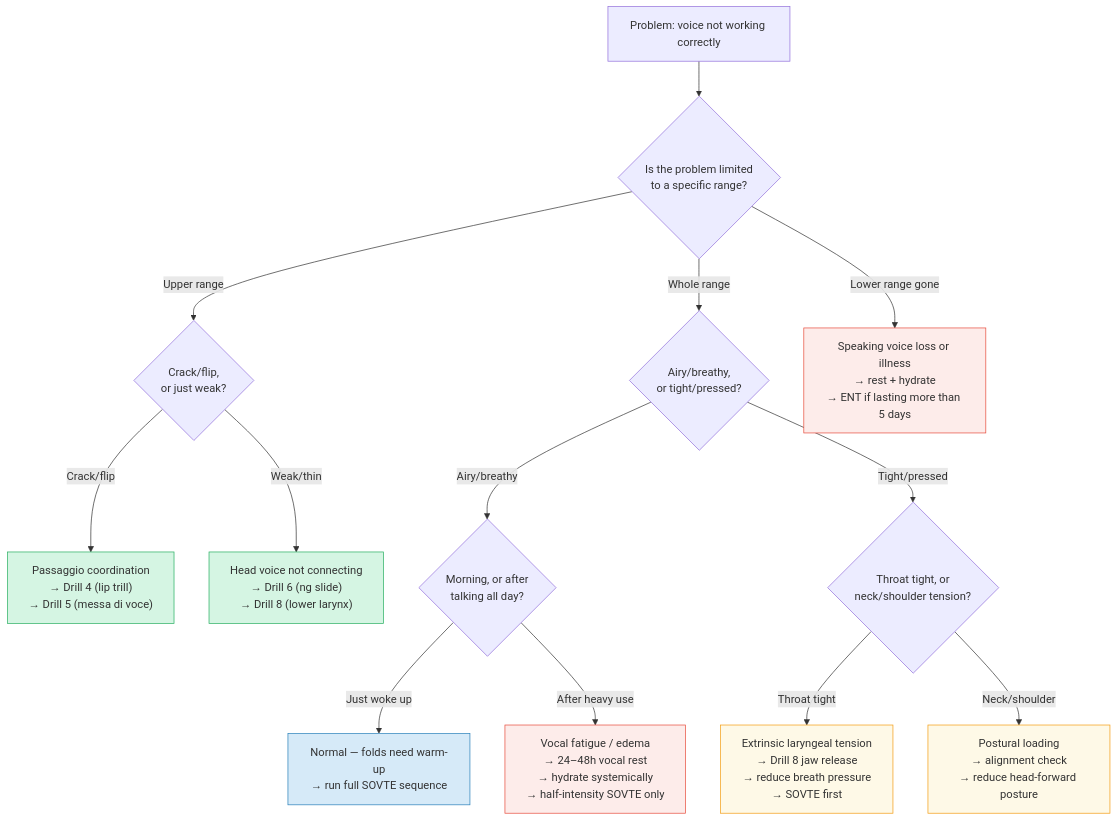
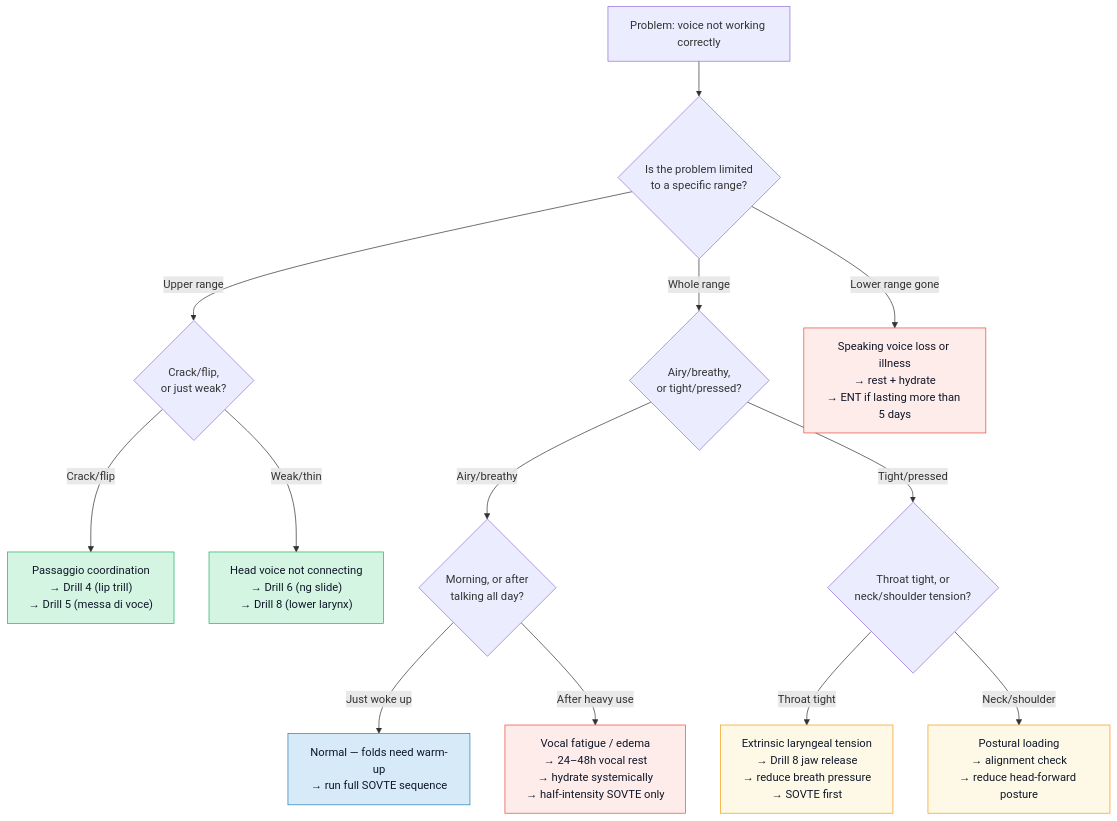
The fifth of 5 diagrams in topics/arts/music_performance/vocals/lesson_01_vocal_anatomy.md (blebleblee/synapse), drawn with Mermaid before and after one commit. The commit also changed other lines of this file and 1464 other files, not shown here.

Commit message:
feat(release): curriculum vector mermaid upgrade, render hardening, and master synpack

````diff
--- a/topics/arts/music_performance/vocals/lesson_01_vocal_anatomy.md
+++ b/topics/arts/music_performance/vocals/lesson_01_vocal_anatomy.md
@@ -334,28 +334,28 @@
 ```mermaid
 flowchart TD
     START["Problem: voice not working correctly"] --> Q1{"Is the problem limited<br/>to a specific range?"}
 
     Q1 -->|"Upper range"| Q2{"Crack/flip,<br/>or just weak?"}
     Q1 -->|"Whole range"| Q3{"Airy/breathy,<br/>or tight/pressed?"}
     Q1 -->|"Lower range gone"| A7["Speaking voice loss or illness<br/>→ rest + hydrate<br/>→ ENT if lasting more than 5 days"]
 
     Q2 -->|"Crack/flip"| A1["Passaggio coordination<br/>→ Drill 4 (lip trill)<br/>→ Drill 5 (messa di voce)"]
     Q2 -->|"Weak/thin"| A2["Head voice not connecting<br/>→ Drill 6 (ng slide)<br/>→ Drill 8 (lower larynx)"]
 
     Q3 -->|"Airy/breathy"| Q4{"Morning, or after<br/>talking all day?"}
     Q3 -->|"Tight/pressed"| Q5{"Throat tight, or<br/>neck/shoulder tension?"}
 
     Q4 -->|"Just woke up"| A3["Normal — folds need warm-up<br/>→ run full SOVTE sequence"]
     Q4 -->|"After heavy use"| A4["Vocal fatigue / edema<br/>→ 24–48h vocal rest<br/>→ hydrate systemically<br/>→ half-intensity SOVTE only"]
 
     Q5 -->|"Throat tight"| A5["Extrinsic laryngeal tension<br/>→ Drill 8 jaw release<br/>→ reduce breath pressure<br/>→ SOVTE first"]
     Q5 -->|"Neck/shoulder"| A6["Postural loading<br/>→ alignment check<br/>→ reduce head-forward posture"]
 
-    style A1 fill:#d5f5e3,stroke:#27ae60
-    style A2 fill:#d5f5e3,stroke:#27ae60
-    style A3 fill:#d6eaf8,stroke:#2980b9
-    style A4 fill:#fdecea,stroke:#e74c3c
-    style A5 fill:#fef9e7,stroke:#f39c12
-    style A6 fill:#fef9e7,stroke:#f39c12
-    style A7 fill:#fdecea,stroke:#e74c3c
+    style A1 fill:#d5f5e3,stroke:#27ae60,color:#0f172a
+    style A2 fill:#d5f5e3,stroke:#27ae60,color:#0f172a
+    style A3 fill:#d6eaf8,stroke:#2980b9,color:#0f172a
+    style A4 fill:#fdecea,stroke:#e74c3c,color:#0f172a
+    style A5 fill:#fef9e7,stroke:#f39c12,color:#0f172a
+    style A6 fill:#fef9e7,stroke:#f39c12,color:#0f172a
+    style A7 fill:#fdecea,stroke:#e74c3c,color:#0f172a
 ```
````
